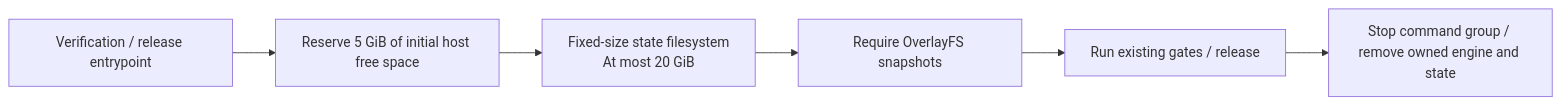
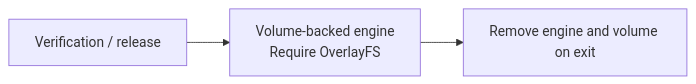
One commit to cosminci/photography changed the diagram in ci/specs/operational.md. Above: the diagram before and after it, drawn with Mermaid. The commit also changed other lines of this file and 11 other files, not shown here.

````diff
--- a/ci/specs/operational.md
+++ b/ci/specs/operational.md
@@ -21,8 +21,5 @@
 ```mermaid
 flowchart LR
-  Entry["Verification / release entrypoint"] --> Space["Reserve 5 GiB of initial host free space"]
-  Space --> Disk["Fixed-size state filesystem<br/>At most 20 GiB"]
-  Disk --> Snapshots["Require OverlayFS snapshots"]
-  Snapshots --> Command["Run existing gates / release"]
-  Command --> Cleanup["Stop command group / remove owned engine and state"]
+  Entry["Verification / release"] --> Engine["Volume-backed engine<br/>Require OverlayFS"]
+  Engine --> Cleanup["Remove engine and volume on exit"]
 ```
````
